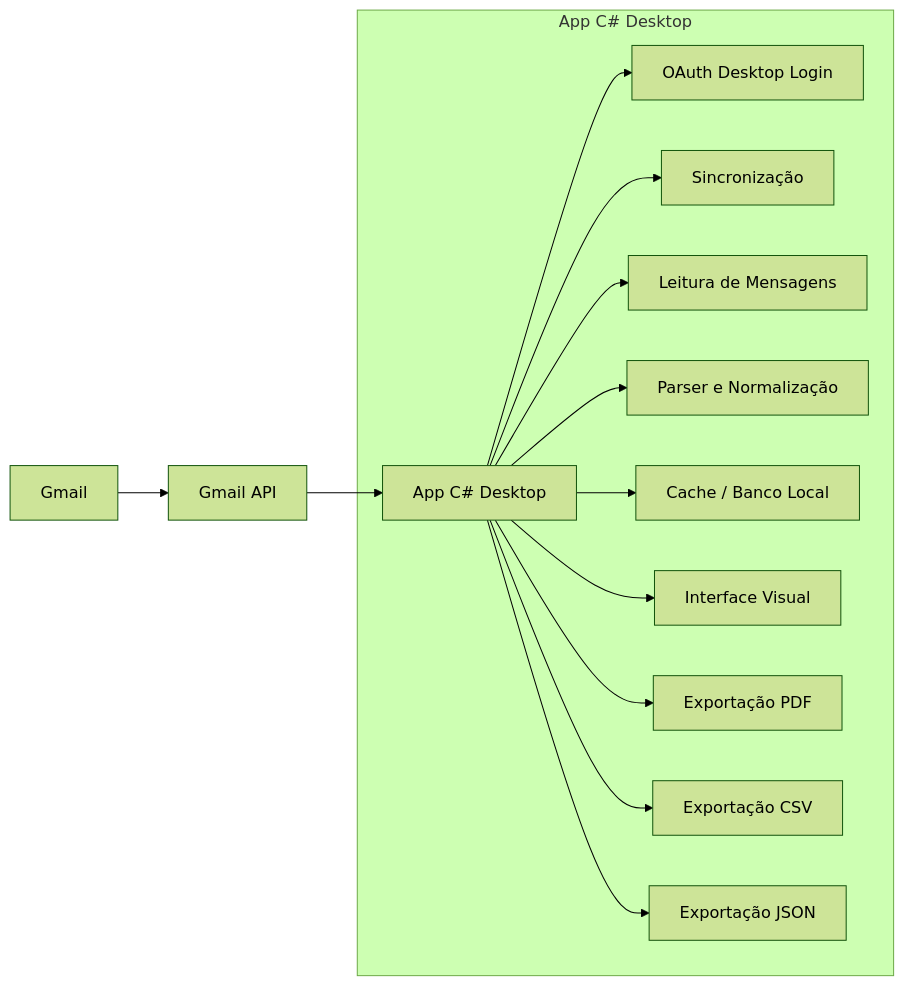
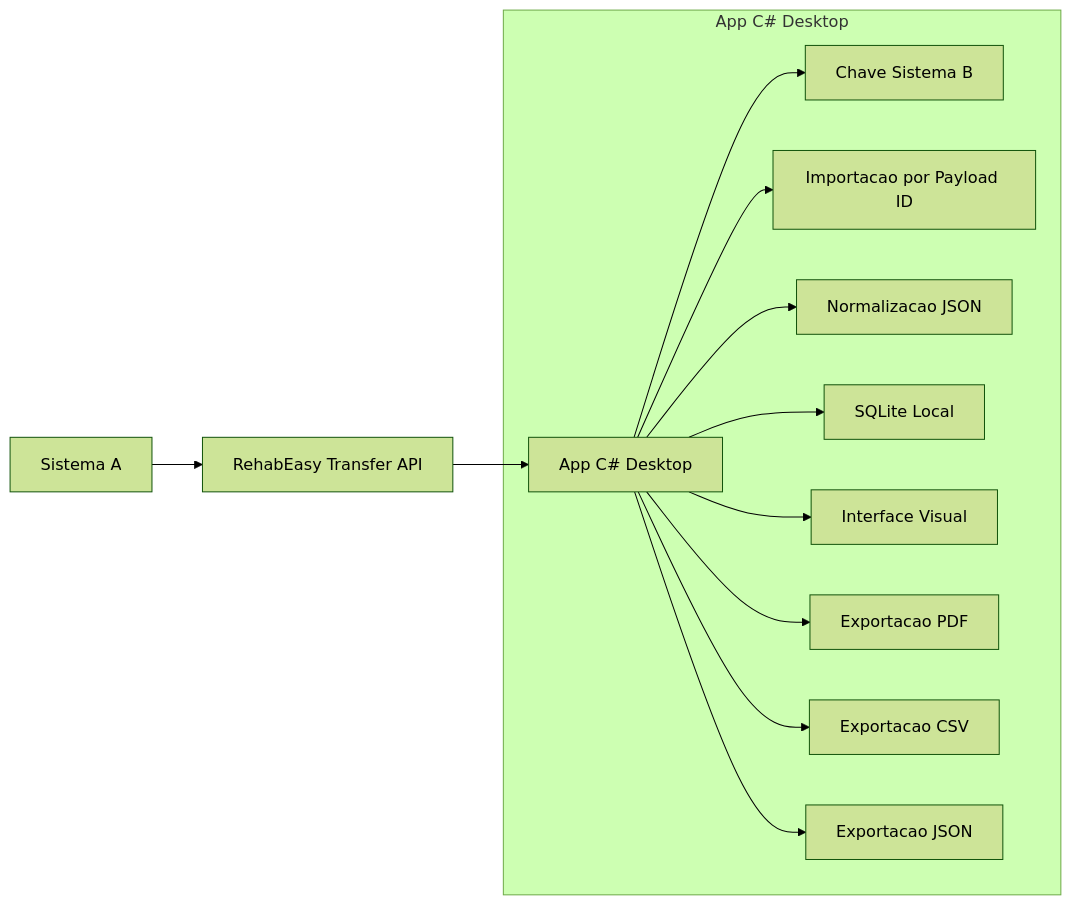
The diagram in docs/06-diagrama-final.mmd (Bruno-BRG/RebEasy), drawn with Mermaid (forest theme) before and after one commit. The commit also changed 31 other files, not shown here.

Commit message:
Switch RehabEasy import flow to transfer API

```diff
--- a/docs/06-diagrama-final.mmd
+++ b/docs/06-diagrama-final.mmd
@@ -1,15 +1,14 @@
 flowchart LR
-    A[Gmail] --> B[Gmail API]
+    A[Sistema A] --> B[RehabEasy Transfer API]
     B --> C[App C# Desktop]
 
     subgraph App["App C# Desktop"]
-        C --> D[OAuth Desktop Login]
-        C --> E[Sincronização]
-        C --> F[Leitura de Mensagens]
-        C --> G[Parser e Normalização]
-        C --> H[Cache / Banco Local]
-        C --> I[Interface Visual]
-        C --> J[Exportação PDF]
-        C --> K[Exportação CSV]
-        C --> L[Exportação JSON]
+        C --> D[Chave Sistema B]
+        C --> E[Importacao por Payload ID]
+        C --> F[Normalizacao JSON]
+        C --> G[SQLite Local]
+        C --> H[Interface Visual]
+        C --> I[Exportacao PDF]
+        C --> J[Exportacao CSV]
+        C --> K[Exportacao JSON]
     end
```
